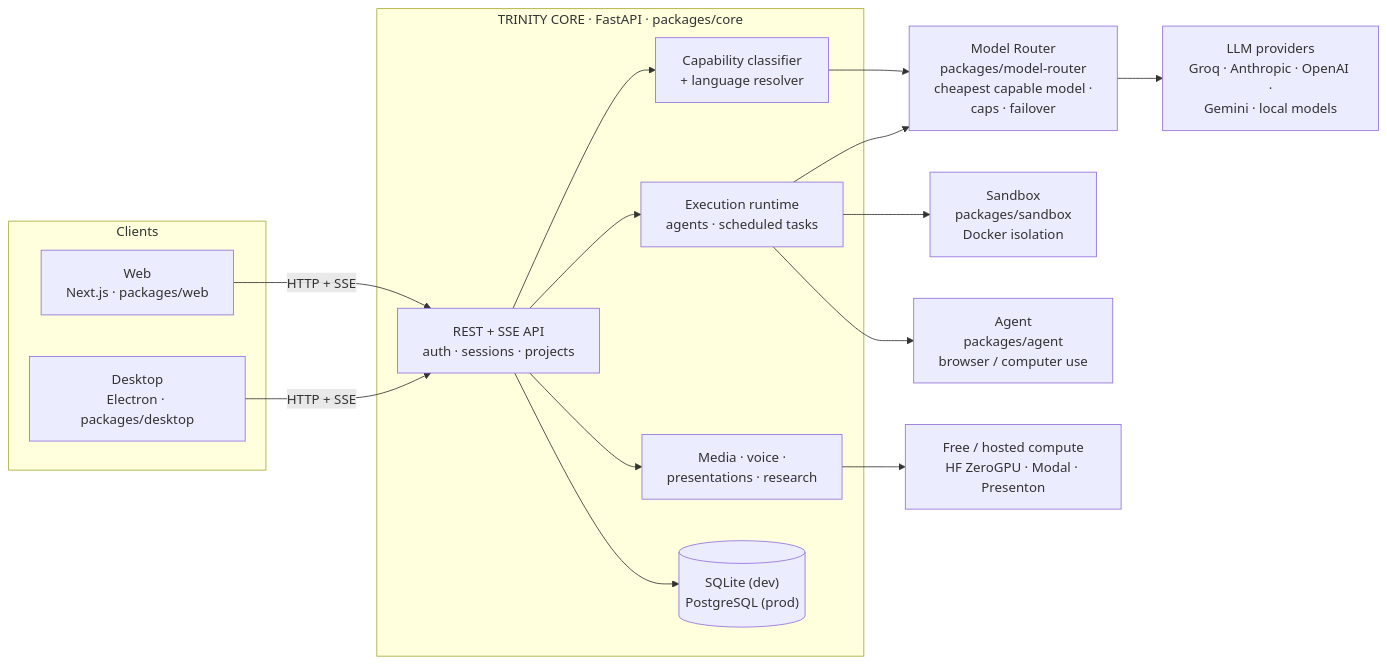
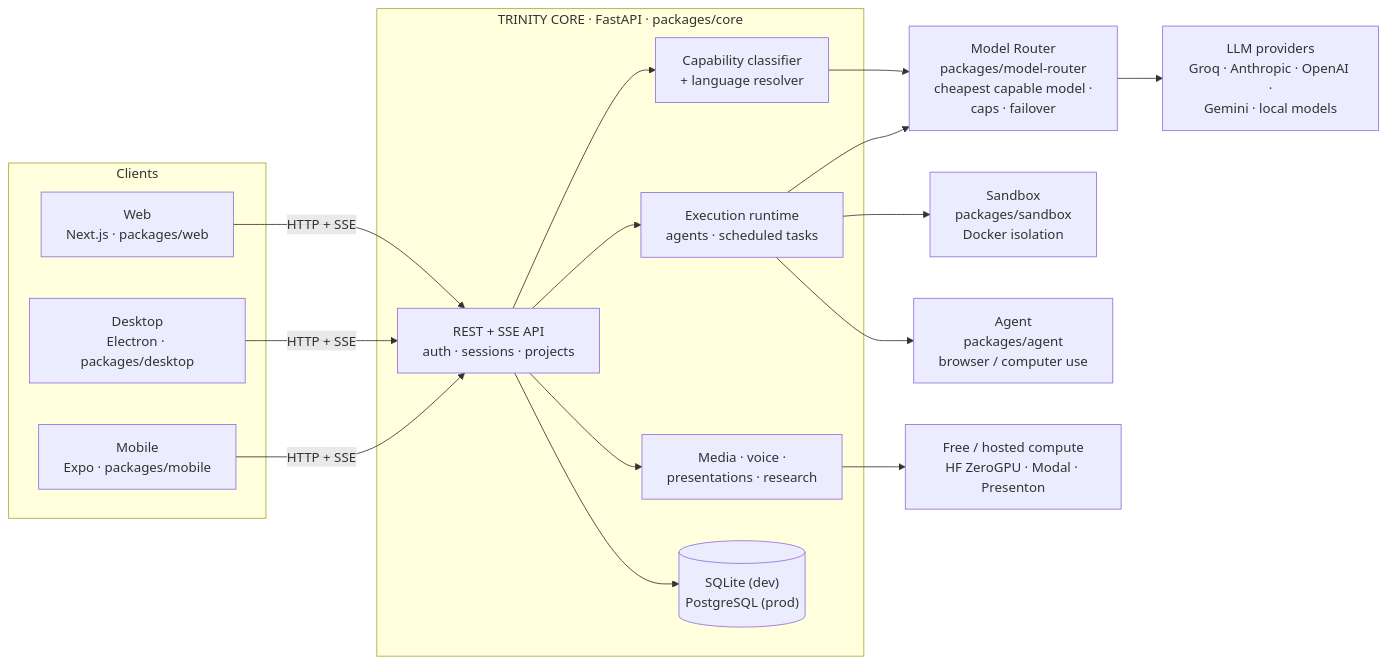
The diagram in README.md (Vamsi-2581/trindatron), drawn with Mermaid before and after one commit. The commit also changed other lines of this file and 238 other files, not shown here.

````diff
--- a/README.md
+++ b/README.md
@@ -91,32 +91,34 @@
 ```mermaid
 flowchart LR
     subgraph Clients
         W["Web<br/>Next.js · packages/web"]
         D["Desktop<br/>Electron · packages/desktop"]
+        M["Mobile<br/>Expo · packages/mobile"]
     end
 
     subgraph Core["TRINITY CORE · FastAPI · packages/core"]
         API["REST + SSE API<br/>auth · sessions · projects"]
         CAP["Capability classifier<br/>+ language resolver"]
         EXE["Execution runtime<br/>agents · scheduled tasks"]
         MED["Media · voice ·<br/>presentations · research"]
         DB[("SQLite (dev)<br/>PostgreSQL (prod)")]
     end
 
     R["Model Router<br/>packages/model-router<br/>cheapest capable model ·<br/>caps · failover"]
     SB["Sandbox<br/>packages/sandbox<br/>Docker isolation"]
     AG["Agent<br/>packages/agent<br/>browser / computer use"]
     P["LLM providers<br/>Groq · Anthropic · OpenAI ·<br/>Gemini · local models"]
     F["Free / hosted compute<br/>HF ZeroGPU · Modal · Presenton"]
 
     W -- "HTTP + SSE" --> API
     D -- "HTTP + SSE" --> API
+    M -- "HTTP + SSE" --> API
     API --> CAP --> R
     API --> EXE
     EXE --> R
     EXE --> SB
     EXE --> AG
     API --> MED --> F
     API --> DB
     R --> P
 ```
````
